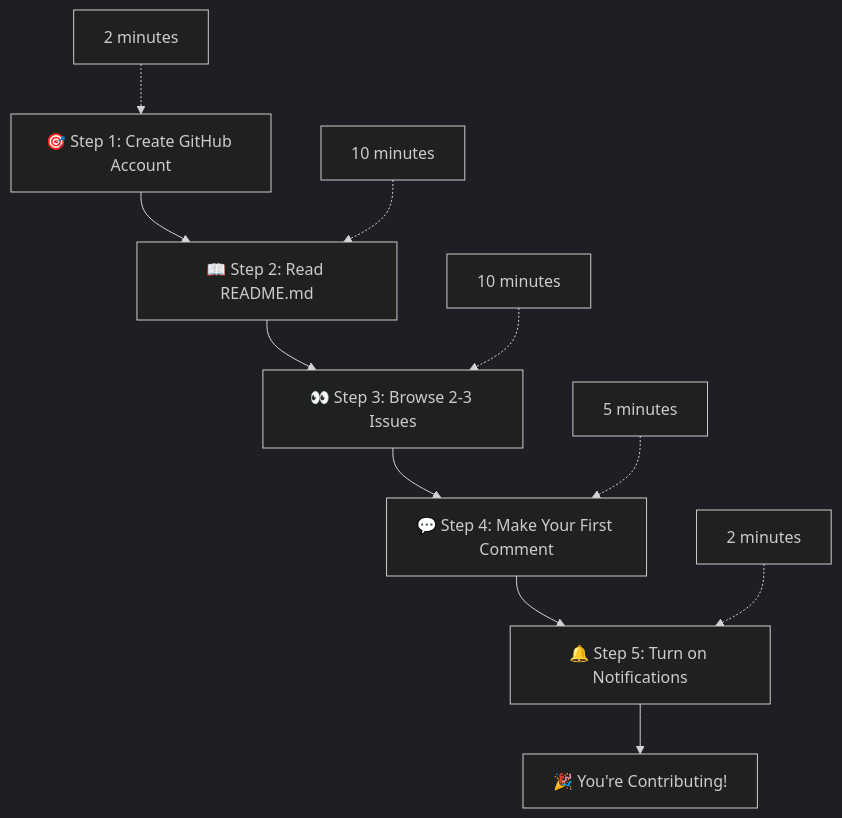
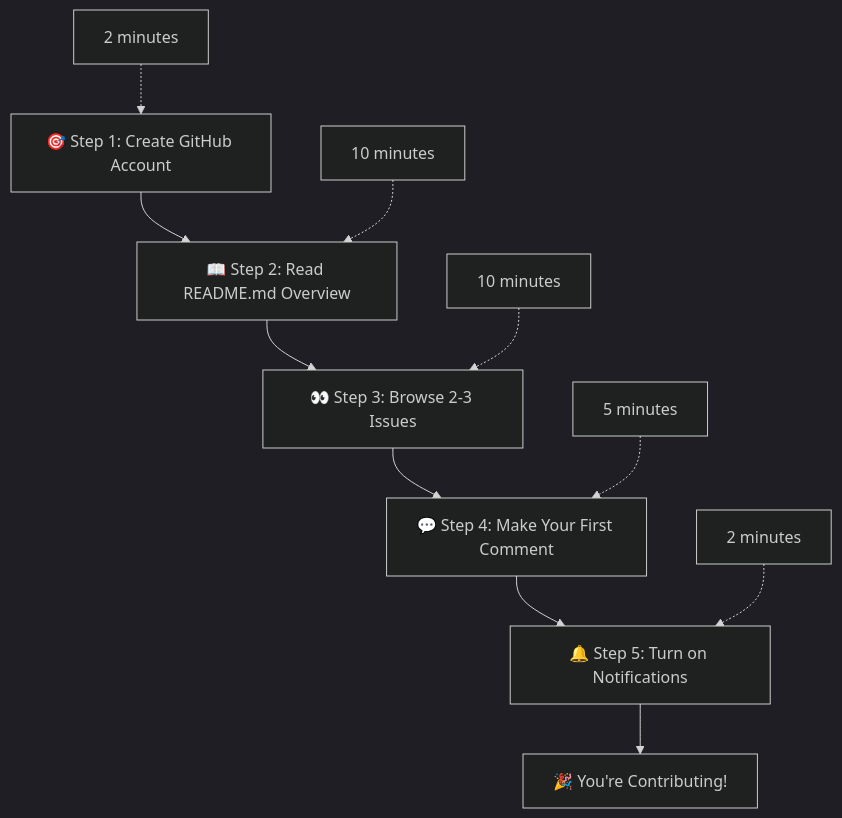
One commit to MRCORD/Peru2040 changed diagram 13 of 13 in BEGINNER_GUIDE.md. Above: the diagram before and after it, drawn with Mermaid (dark theme). The commit also changed 9 other files, not shown here.

````diff
--- a/BEGINNER_GUIDE.md
+++ b/BEGINNER_GUIDE.md
@@ -443,14 +443,14 @@
 ```mermaid
 graph TD
-    A[🎯 Step 1: Create GitHub Account] --> B[📖 Step 2: Read README.md]
+    A[🎯 Step 1: Create GitHub Account] --> B[📖 Step 2: Read README.md Overview]
     B --> C[👀 Step 3: Browse 2-3 Issues]
     C --> D[💬 Step 4: Make Your First Comment]
     D --> E[🔔 Step 5: Turn on Notifications]
     E --> F[🎉 You're Contributing!]
     
     A1[2 minutes] -.-> A
     B1[10 minutes] -.-> B
     C1[10 minutes] -.-> C
     D1[5 minutes] -.-> D
     E1[2 minutes] -.-> E
 ```
````
